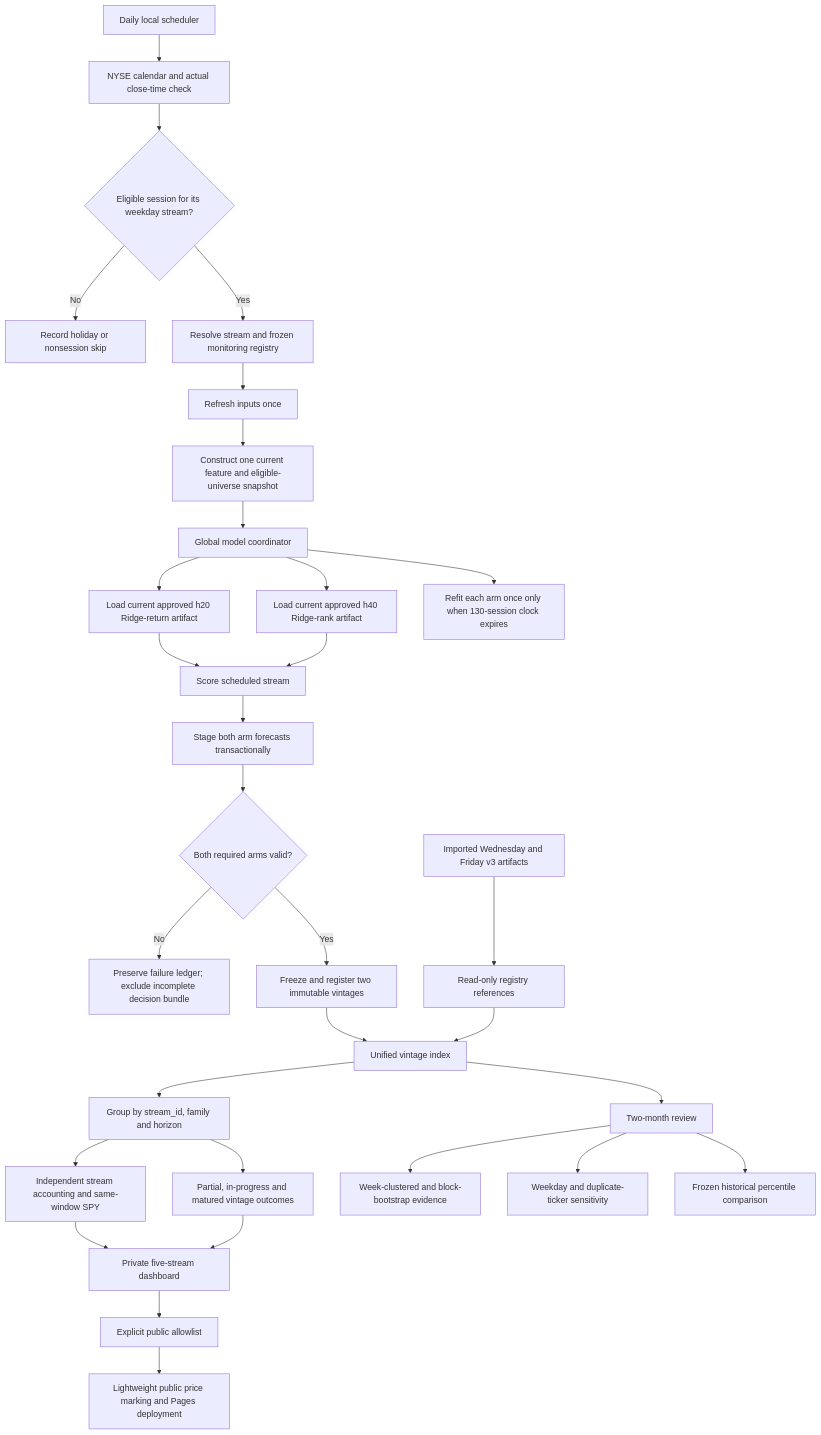
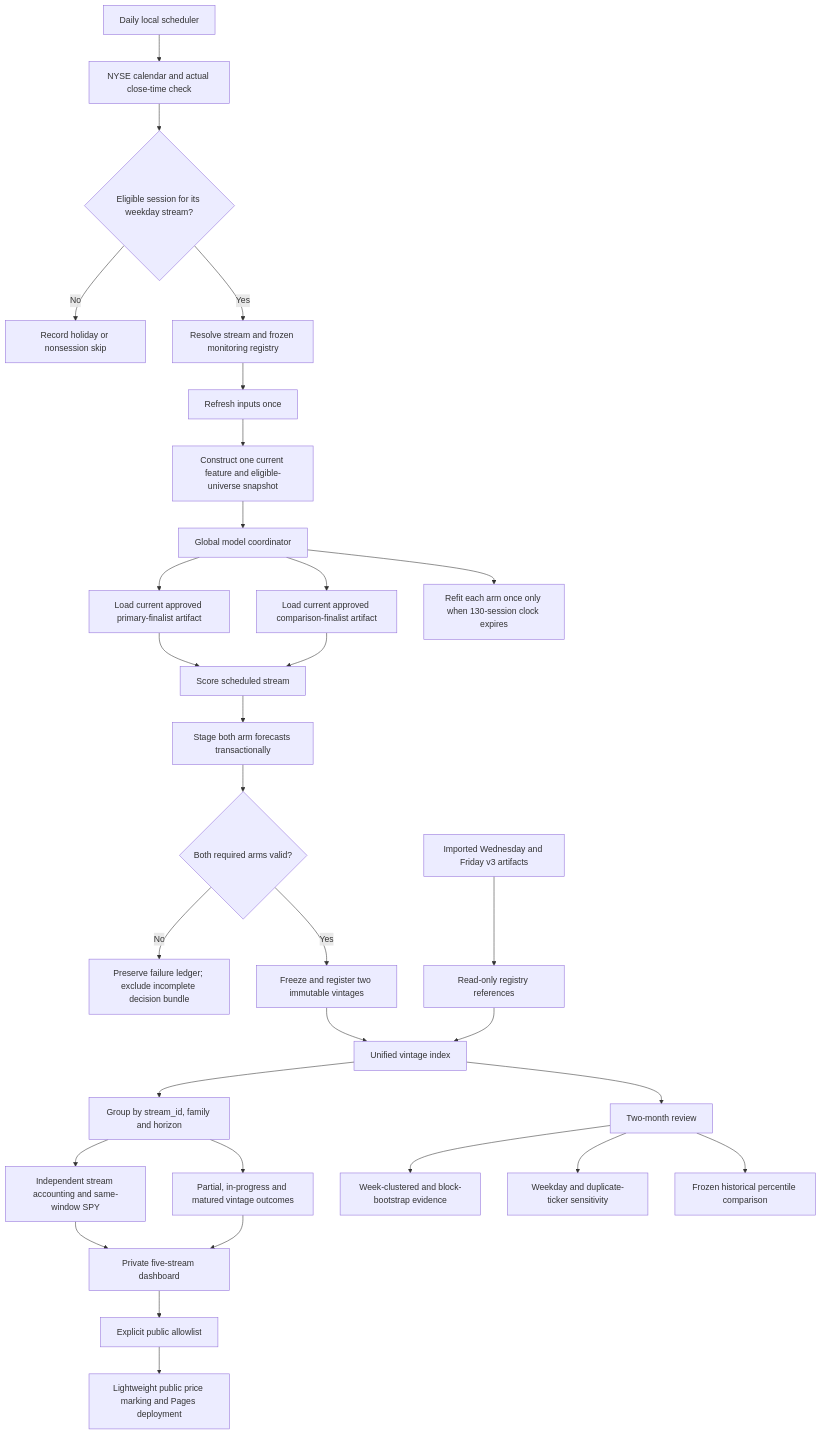
The second of 2 diagrams in README.md (HanSun103/AI-Driven-Portfolio-Research-Showcase), drawn with Mermaid before and after one commit. The commit also changed other lines of this file and 12 other files, not shown here.

````diff
--- a/README.md
+++ b/README.md
@@ -349,39 +349,39 @@
 ```mermaid
 flowchart TD
     A["Daily local scheduler"] --> B["NYSE calendar and actual close-time check"]
     B --> C{"Eligible session for its weekday stream?"}
     C -- "No" --> D["Record holiday or nonsession skip"]
     C -- "Yes" --> E["Resolve stream and frozen monitoring registry"]
 
     E --> F["Refresh inputs once"]
     F --> G["Construct one current feature and eligible-universe snapshot"]
 
     G --> H["Global model coordinator"]
-    H --> I["Load current approved h20 Ridge-return artifact"]
-    H --> J["Load current approved h40 Ridge-rank artifact"]
+    H --> I["Load current approved primary-finalist artifact"]
+    H --> J["Load current approved comparison-finalist artifact"]
     H --> K["Refit each arm once only when 130-session clock expires"]
 
     I --> L["Score scheduled stream"]
     J --> L
     L --> M["Stage both arm forecasts transactionally"]
     M --> N{"Both required arms valid?"}
     N -- "No" --> O["Preserve failure ledger; exclude incomplete decision bundle"]
     N -- "Yes" --> P["Freeze and register two immutable vintages"]
 
     Q["Imported Wednesday and Friday v3 artifacts"] --> R["Read-only registry references"]
     P --> S["Unified vintage index"]
     R --> S
 
     S --> T["Group by stream_id, family and horizon"]
     T --> U["Independent stream accounting and same-window SPY"]
     T --> V["Partial, in-progress and matured vintage outcomes"]
     U --> W["Private five-stream dashboard"]
     V --> W
     W --> X["Explicit public allowlist"]
     X --> Y["Lightweight public price marking and Pages deployment"]
 
     S --> Z["Two-month review"]
     Z --> AA["Week-clustered and block-bootstrap evidence"]
     Z --> AB["Weekday and duplicate-ticker sensitivity"]
     Z --> AC["Frozen historical percentile comparison"]
 ```
````
